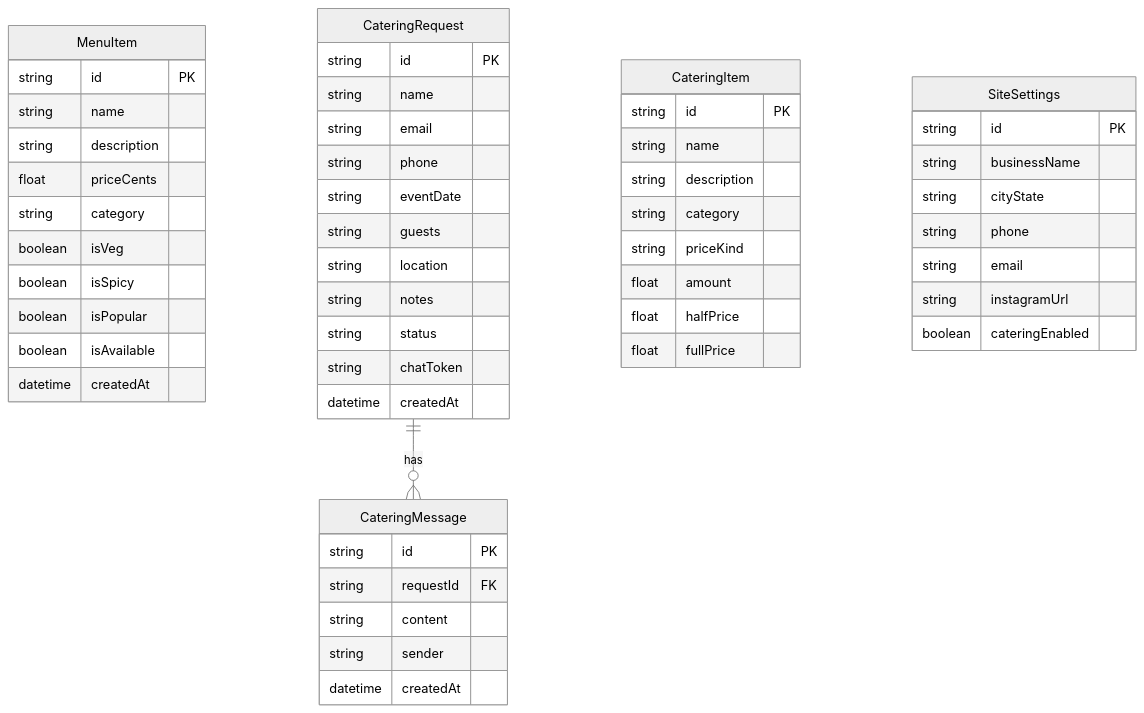
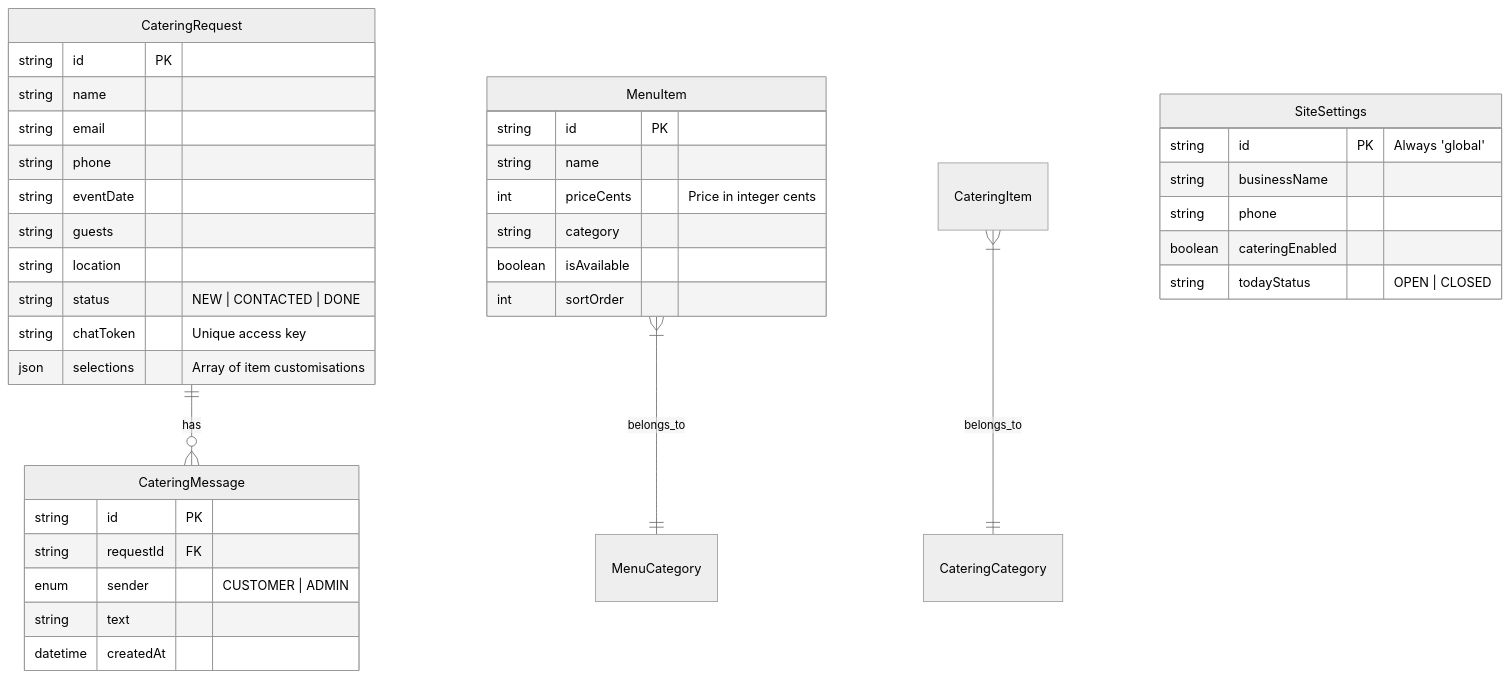
Before and after one commit to tejamahesh1433/indian-food-truck-site: the diagram in docs/DATABASE_DESIGN.md, drawn with Mermaid (neutral theme). The commit also changed other lines of this file and 7 other files, not shown here.

````diff
--- a/docs/DATABASE_DESIGN.md
+++ b/docs/DATABASE_DESIGN.md
@@ -5,55 +9,44 @@
 ```mermaid
 erDiagram
-    MenuItem {
-        string id PK
-        string name
-        string description
-        float priceCents
-        string category
-        boolean isVeg
-        boolean isSpicy
-        boolean isPopular
-        boolean isAvailable
-        datetime createdAt
-    }
+    CateringRequest ||--o{ CateringMessage : has
+    MenuItem }|--|| MenuCategory : belongs_to
+    CateringItem }|--|| CateringCategory : belongs_to
+
     CateringRequest {
         string id PK
         string name
         string email
         string phone
         string eventDate
         string guests
         string location
-        string notes
-        string status
-        string chatToken
-        datetime createdAt
+        string status "NEW | CONTACTED | DONE"
+        string chatToken "Unique access key"
+        json selections "Array of item customisations"
     }
-    CateringItem {
-        string id PK
-        string name
-        string description
-        string category
-        string priceKind
-        float amount
-        float halfPrice
-        float fullPrice
-    }
-    SiteSettings {
-        string id PK
-        string businessName
-        string cityState
-        string phone
-        string email
-        string instagramUrl
-        boolean cateringEnabled
-    }
+
     CateringMessage {
         string id PK
         string requestId FK
-        string content
-        string sender
+        enum sender "CUSTOMER | ADMIN"
+        string text
         datetime createdAt
     }
-    CateringRequest ||--o{ CateringMessage : has
+
+    MenuItem {
+        string id PK
+        string name
+        int priceCents "Price in integer cents"
+        string category
+        boolean isAvailable
+        int sortOrder
+    }
+
+    SiteSettings {
+        string id PK "Always 'global'"
+        string businessName
+        string phone
+        boolean cateringEnabled
+        string todayStatus "OPEN | CLOSED"
+    }
 ```
````
